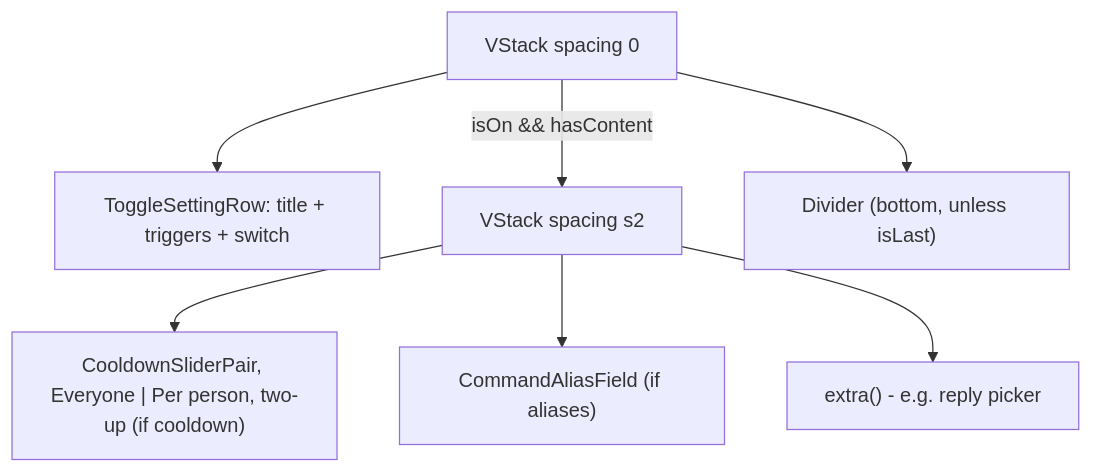
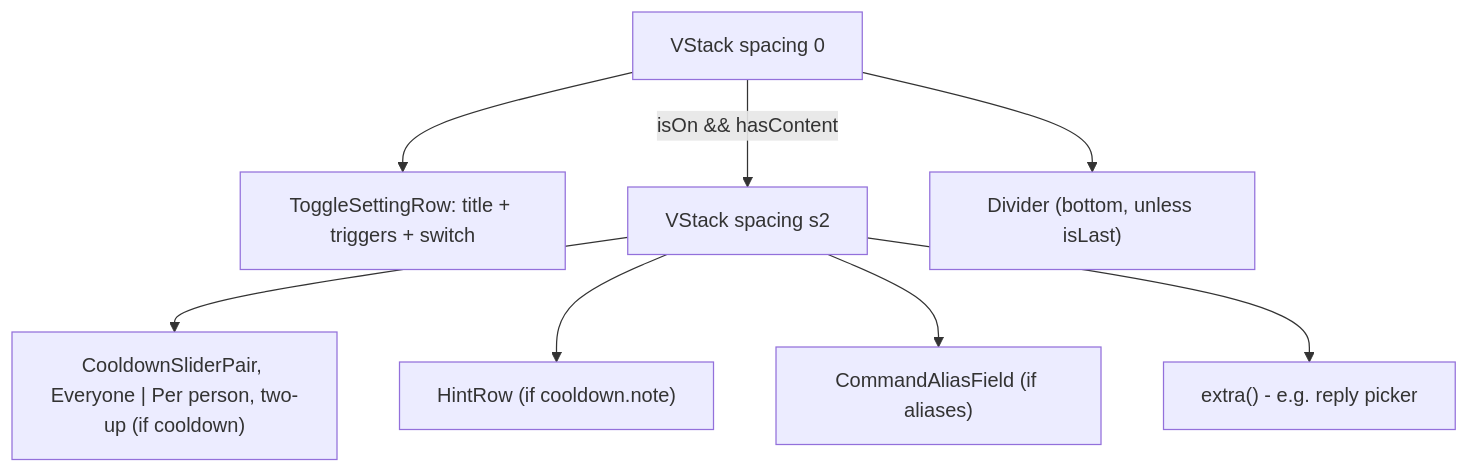
The diagram in design-system/components/command-setting-row.md (MrDemonWolf/wolfwave), drawn with Mermaid before and after one commit. The commit also changed other lines of this file and 18 other files, not shown here.

````diff
--- a/design-system/components/command-setting-row.md
+++ b/design-system/components/command-setting-row.md
@@ -52,9 +53,10 @@
 ```mermaid
 flowchart TD
   Row[VStack spacing 0] --> Toggle[ToggleSettingRow: title + triggers + switch]
   Row -->|isOn && hasContent| Details[VStack spacing s2]
   Details --> CD["CooldownSliderPair, Everyone | Per person, two-up (if cooldown)"]
+  Details --> Note["HintRow (if cooldown.note)"]
   Details --> Alias["CommandAliasField (if aliases)"]
   Details --> Extra["extra() - e.g. reply picker"]
   Row --> Divider["Divider (bottom, unless isLast)"]
 ```
````
